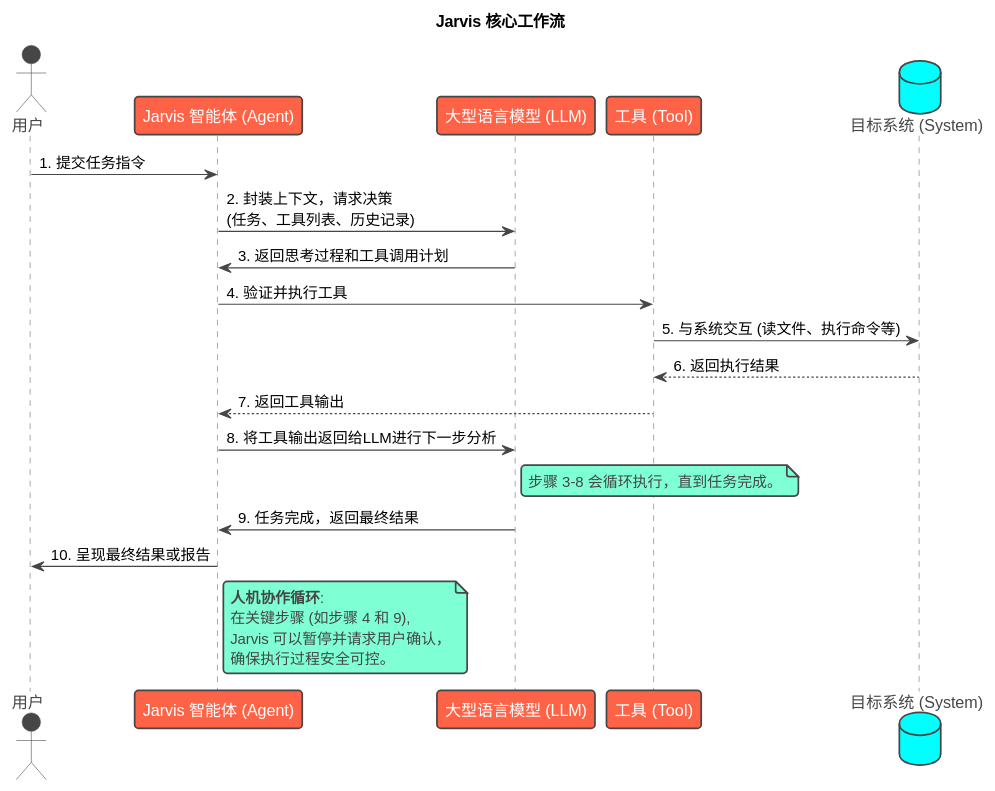
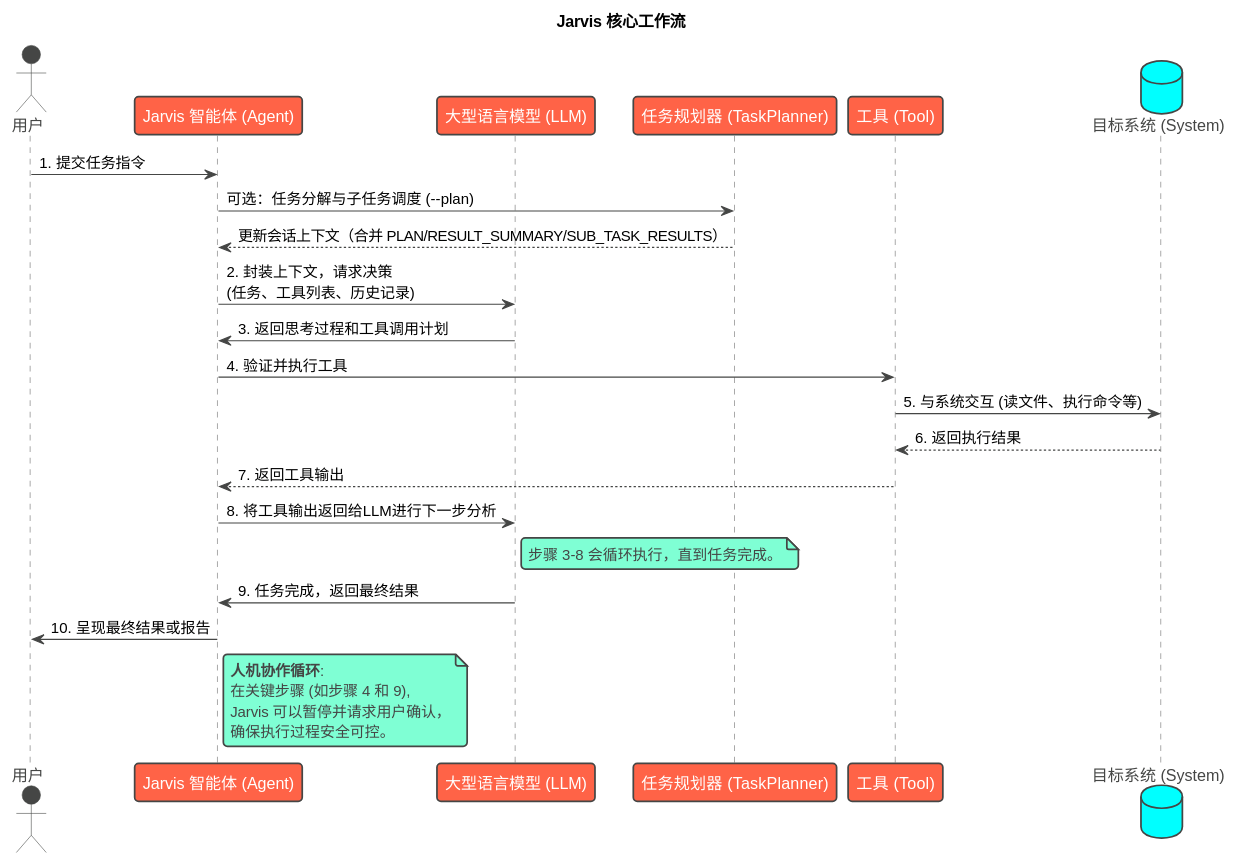
One commit to skyfireitdiy/Jarvis changed the second of 2 diagrams in docs/jarvis_book/1.项目介绍.md. Above: the diagram before and after it, drawn with PlantUML. The commit also changed other lines of this file and 2 other files, not shown here.

Commit message:
docs(task_planner): 完善任务规划器文档与架构，明确PLAN/结果块规范
- 在“项目介绍”和“核心概念与架构”中补充任务规划器组件、交互与时序，标注代理到任务规划器的调用及其对工具注册表的评估能力
- 定义并规范任务规划产出：<PLAN>（YAML 列表）、<SUB_TASK_RESULTS>、<RESULT_SUMMARY>，增加结构化示例与约束说明
- 描述 --plan 开关下的可选工作流、容错与回退策略（包括 <DONT_NEED/> 场景、失败继续推进、汇总占位策略）
- 更新系统与运行时序图，体现 TaskPlanner 写回 session.prompt、与主循环衔接
- 调整 task_planner.py 注释，将 <SUB_TASK> 术语统一为 <PLAN>，并明确写回上下文包含的三个结果块

为什么：
统一术语与输出结构，提升规划过程的可理解性与可操作性；让可选的任务规划流程边界清晰，便于下游处理、审计与集成，同时避免误解执行行为（仅文档与注释变更，不影响运行时逻辑）

````diff
--- a/docs/jarvis_book/1.项目介绍.md
+++ b/docs/jarvis_book/1.项目介绍.md
@@ -189,32 +192,36 @@
 ```plantuml
 @startuml
 !theme vibrant
 title Jarvis 核心工作流
 
 actor 用户 as User
 participant "Jarvis 智能体 (Agent)" as Agent
 participant "大型语言模型 (LLM)" as LLM
+participant "任务规划器 (TaskPlanner)" as TaskPlanner
 participant "工具 (Tool)" as Tool
 database "目标系统 (System)" as System
 
 User -> Agent: 1. 提交任务指令
+' 可选的任务规划步骤（启用 --plan 时）
+Agent -> TaskPlanner: 可选：任务分解与子任务调度 (--plan)
+TaskPlanner --> Agent: 更新会话上下文（合并 PLAN/RESULT_SUMMARY/SUB_TASK_RESULTS）
 Agent -> LLM: 2. 封装上下文，请求决策\n(任务、工具列表、历史记录)
 LLM -> Agent: 3. 返回思考过程和工具调用计划
 Agent -> Tool: 4. 验证并执行工具
 Tool -> System: 5. 与系统交互 (读文件、执行命令等)
 System --> Tool: 6. 返回执行结果
 Tool --> Agent: 7. 返回工具输出
 Agent -> LLM: 8. 将工具输出返回给LLM进行下一步分析
 note right of LLM: 步骤 3-8 会循环执行，直到任务完成。
 LLM -> Agent: 9. 任务完成，返回最终结果
 Agent -> User: 10. 呈现最终结果或报告
 
 note right of Agent
   **人机协作循环**:
   在关键步骤 (如步骤 4 和 9),
   Jarvis 可以暂停并请求用户确认，
   确保执行过程安全可控。
 end note
 
 @enduml
 ```
````
